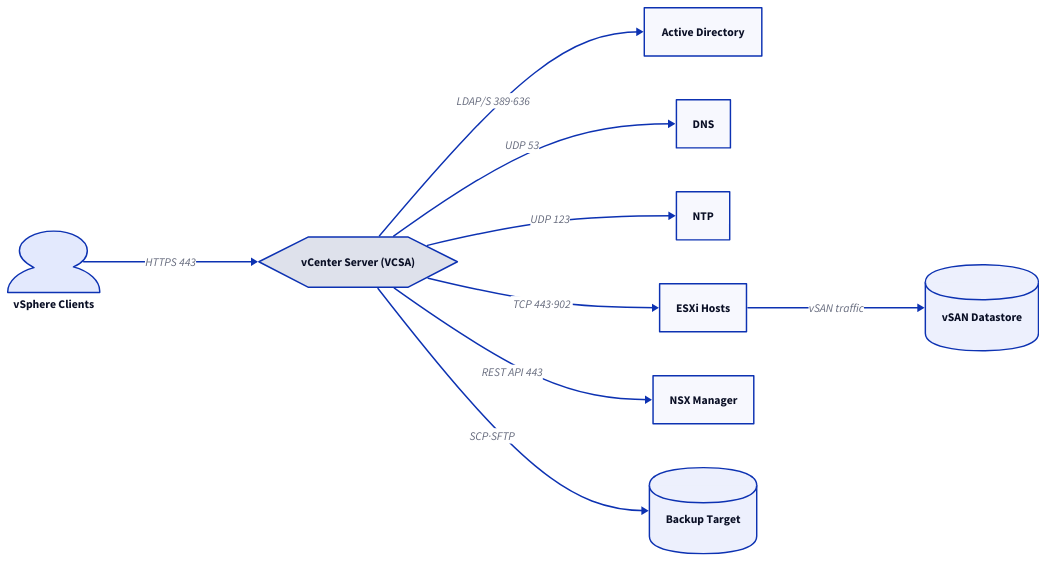
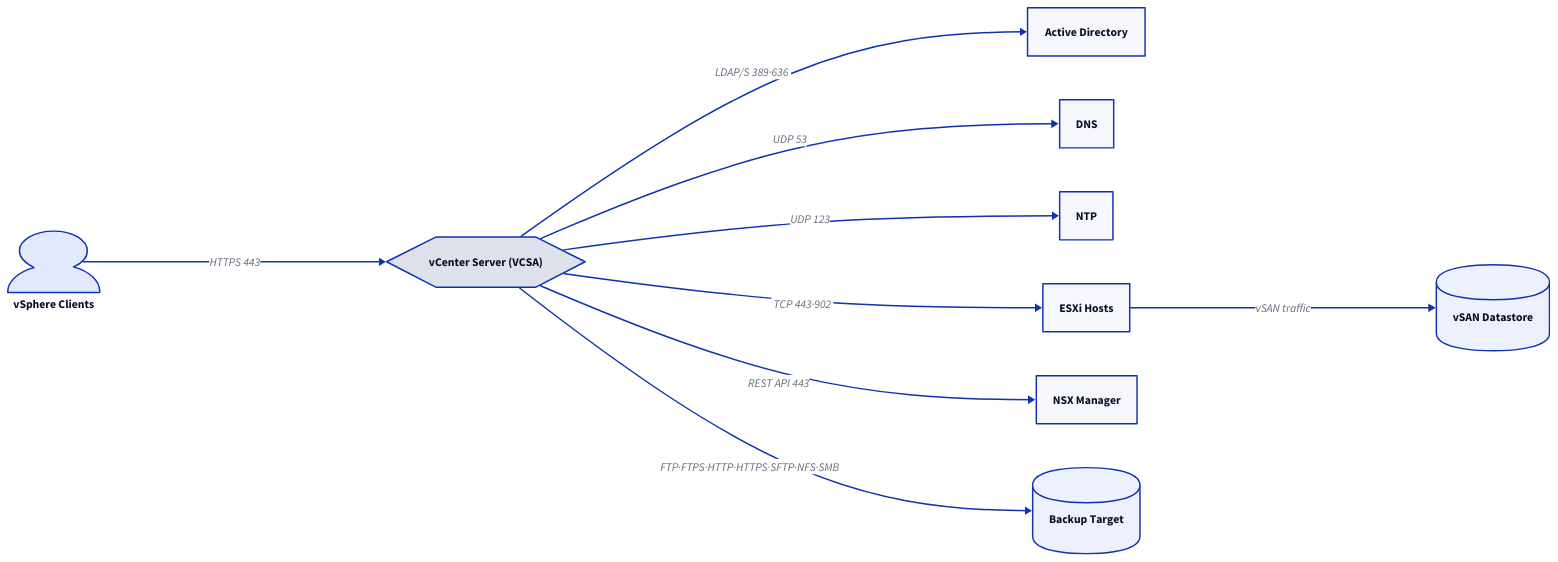
Before and after one commit to canast01/chris-kb: the first of 2 diagrams in docs/virtualization/vmware/products/vcenter/architecture/how-it-works.md, drawn with D2. The commit also changed other lines of this file and 141 other files, not shown here.

````diff
--- a/docs/virtualization/vmware/products/vcenter/architecture/how-it-works.md
+++ b/docs/virtualization/vmware/products/vcenter/architecture/how-it-works.md
@@ -18,25 +18,25 @@
 ```d2
 direction: right
 
 vcenter: vCenter Server (VCSA) {
   shape: hexagon
 }
 
 clients: vSphere Clients {shape: person}
 ad: Active Directory {shape: rectangle}
 dns: DNS {shape: rectangle}
 ntp: NTP {shape: rectangle}
 esxi: ESXi Hosts {shape: rectangle}
 vsan: vSAN Datastore {shape: cylinder}
 nsx: NSX Manager {shape: rectangle}
 backup: Backup Target {shape: cylinder}
 
 clients -> vcenter: HTTPS 443
 vcenter -> ad: LDAP/S 389·636
 vcenter -> dns: UDP 53
 vcenter -> ntp: UDP 123
 vcenter -> esxi: TCP 443·902
 esxi -> vsan: vSAN traffic
 vcenter -> nsx: REST API 443
-vcenter -> backup: SCP·SFTP
+vcenter -> backup: FTP·FTPS·HTTP·HTTPS·SFTP·NFS·SMB
 ```
````
